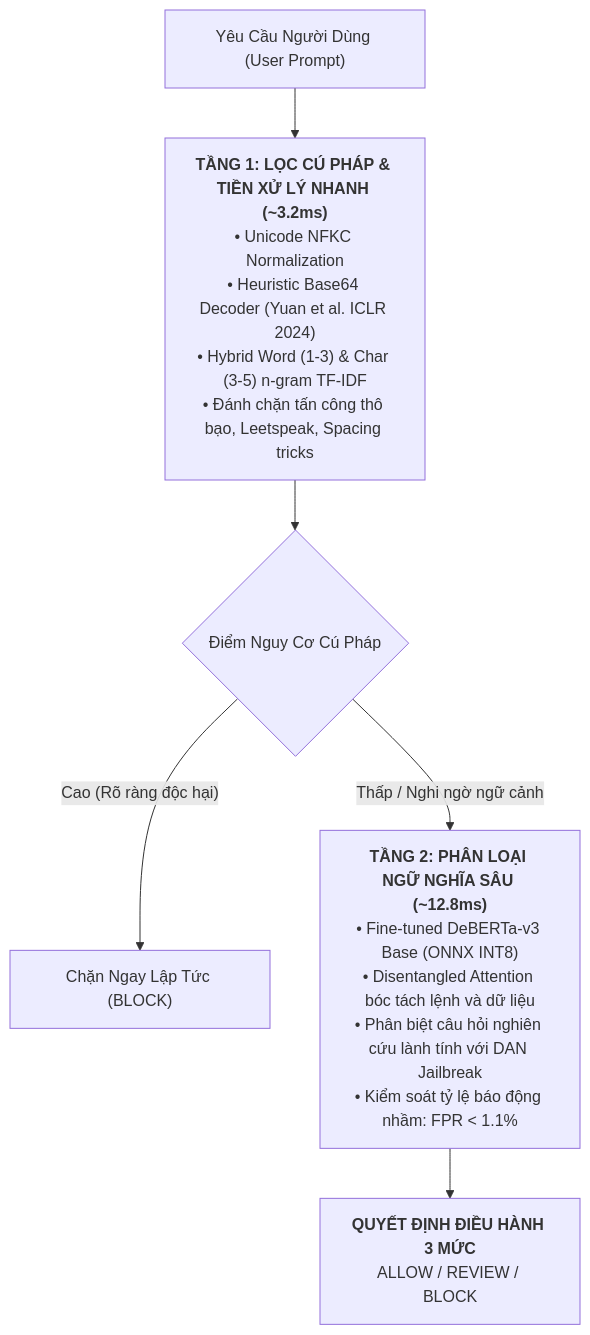
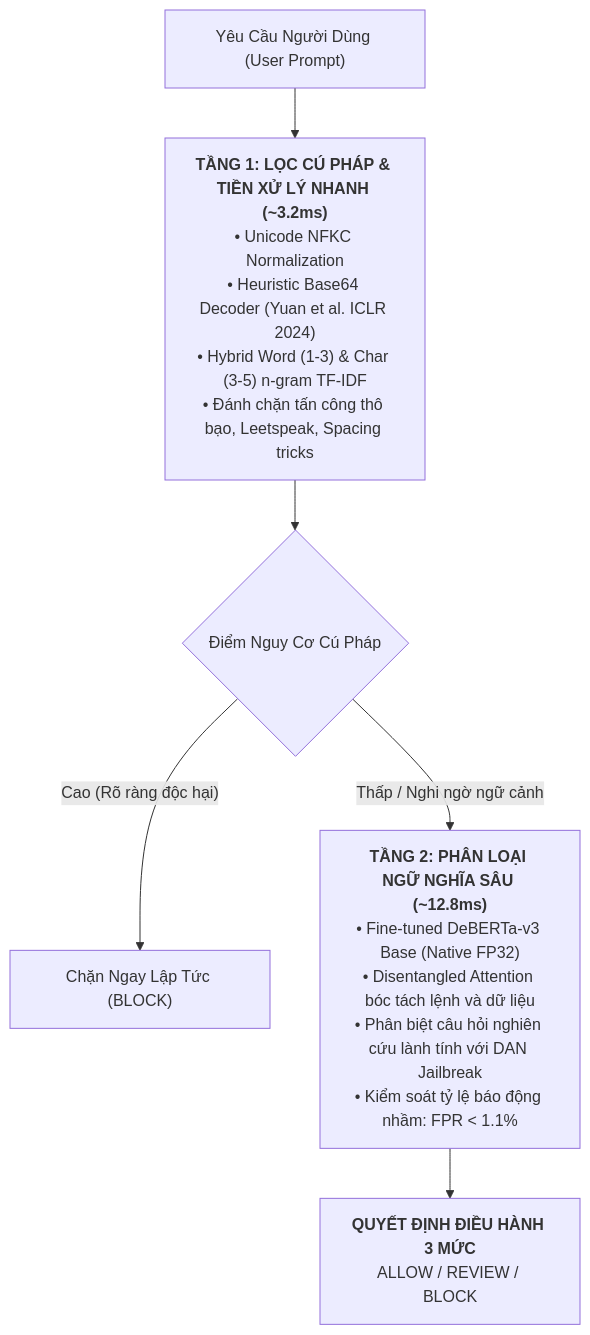
Before and after one commit to nvtruongops/pi-guard: the second of 2 diagrams in Github-Page/research/why_dual_model_architecture.md, drawn with Mermaid. The commit also changed other lines of this file and 328 other files, not shown here.

````diff
--- a/Github-Page/research/why_dual_model_architecture.md
+++ b/Github-Page/research/why_dual_model_architecture.md
@@ -125,10 +125,10 @@
 ```mermaid
 flowchart TD
     UserPrompt["Yêu Cầu Người Dùng (User Prompt)"] --> Tier1["<b>TẦNG 1: LỌC CÚ PHÁP & TIỀN XỬ LÝ NHANH (~3.2ms)</b><br/>• Unicode NFKC Normalization<br/>• Heuristic Base64 Decoder (Yuan et al. ICLR 2024)<br/>• Hybrid Word (1-3) & Char (3-5) n-gram TF-IDF<br/>• Đánh chặn tấn công thô bạo, Leetspeak, Spacing tricks"]
     
     Tier1 --> Pass{"Điểm Nguy Cơ Cú Pháp"}
     Pass -- "Cao (Rõ ràng độc hại)" --> Block["Chặn Ngay Lập Tức (BLOCK)"]
-    Pass -- "Thấp / Nghi ngờ ngữ cảnh" --> Tier2["<b>TẦNG 2: PHÂN LOẠI NGỮ NGHĨA SÂU (~12.8ms)</b><br/>• Fine-tuned DeBERTa-v3 Base (ONNX INT8)<br/>• Disentangled Attention bóc tách lệnh và dữ liệu<br/>• Phân biệt câu hỏi nghiên cứu lành tính với DAN Jailbreak<br/>• Kiểm soát tỷ lệ báo động nhầm: FPR < 1.1%"]
+    Pass -- "Thấp / Nghi ngờ ngữ cảnh" --> Tier2["<b>TẦNG 2: PHÂN LOẠI NGỮ NGHĨA SÂU (~12.8ms)</b><br/>• Fine-tuned DeBERTa-v3 Base (Native FP32)<br/>• Disentangled Attention bóc tách lệnh và dữ liệu<br/>• Phân biệt câu hỏi nghiên cứu lành tính với DAN Jailbreak<br/>• Kiểm soát tỷ lệ báo động nhầm: FPR < 1.1%"]
     
     Tier2 --> Decision["<b>QUYẾT ĐỊNH ĐIỀU HÀNH 3 MỨC</b><br/>ALLOW / REVIEW / BLOCK"]
 ```
````
